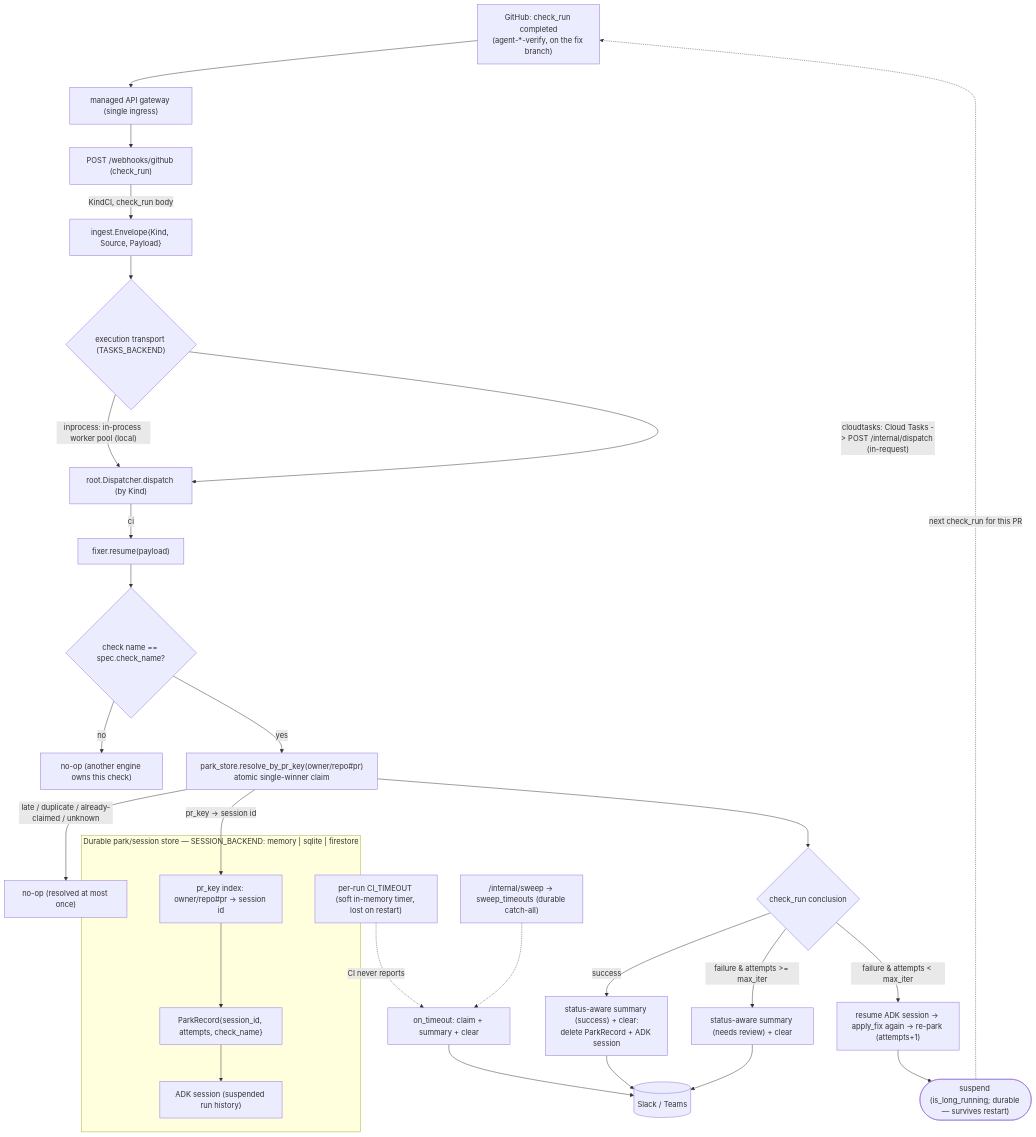
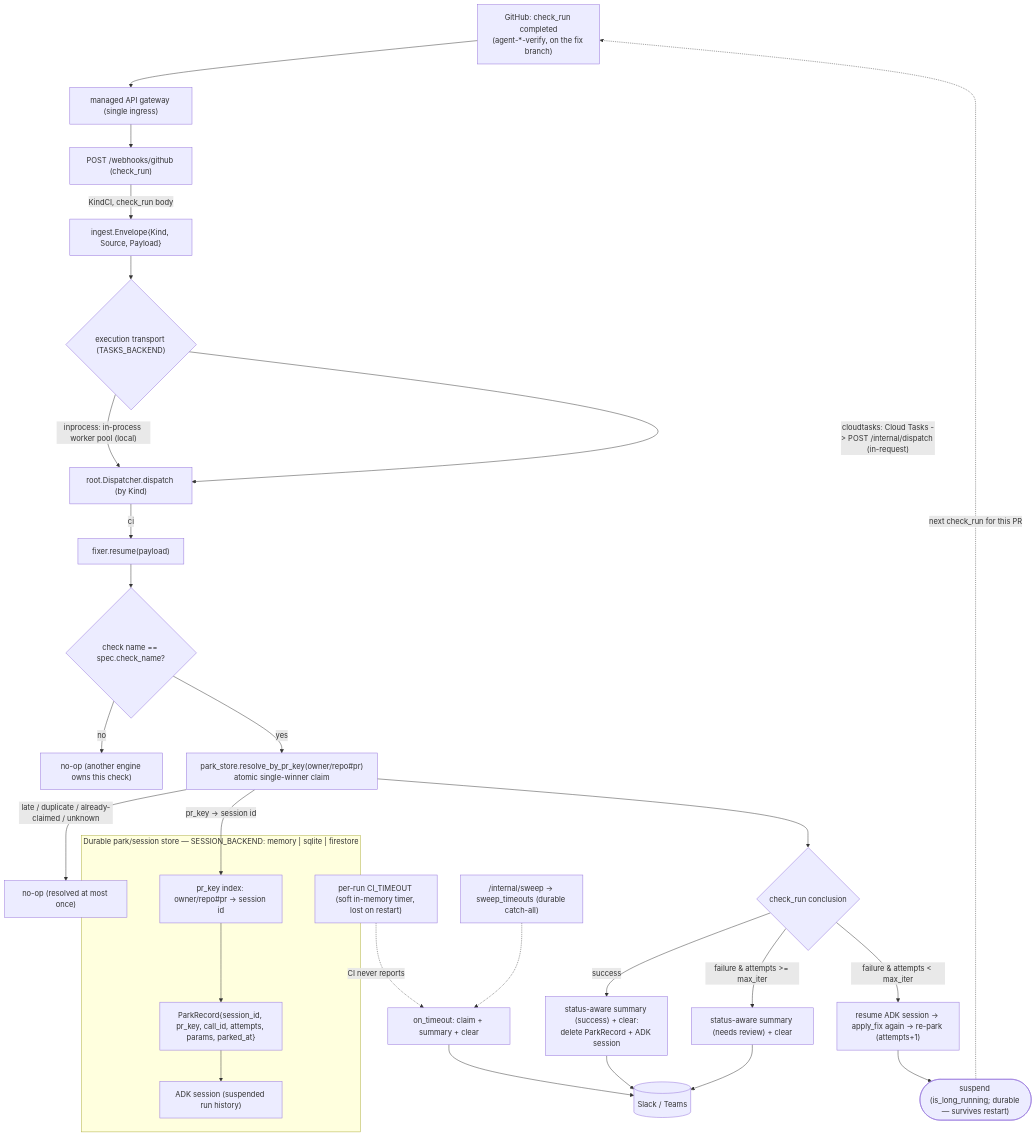
One commit to jkjamies/automation-agent changed the second of 2 diagrams in python/AGENTS.md. Above: the diagram before and after it, drawn with Mermaid. The commit also changed 2 other files, not shown here.

Commit message:
docs: correct ParkRecord fields in resume diagrams (CodeRabbit)
The ParkRecord box listed a checkName field that does not exist — the
persisted record is {SessionID, PRKey, CallID, Attempts, Params, ParkedAt}
(the check name lives on the Spec, not the record). Fix the label in all
three copies (project root + go/ + python/ stack roots) to match the actual
store schema. Re-validated with mermaid-cli.

````diff
--- a/python/AGENTS.md
+++ b/python/AGENTS.md
@@ -57,35 +57,35 @@
 ```mermaid
 flowchart TD
     CR["GitHub: check_run completed<br/>(agent-*-verify, on the fix branch)"] --> GW["managed API gateway (single ingress)"]
     GW --> WCI["POST /webhooks/github (check_run)"]
     WCI -->|"KindCI, check_run body"| Env["ingest.Envelope{Kind, Source, Payload}"]
     Env --> TX{"execution transport (TASKS_BACKEND)"}
     TX -->|"inprocess: in-process worker pool (local)"| Disp
     TX -->|"cloudtasks: Cloud Tasks -> POST /internal/dispatch (in-request)"| Disp
     Disp["root.Dispatcher.dispatch (by Kind)"] -->|ci| RES["fixer.resume(payload)"]
 
     RES --> NM{"check name == spec.check_name?"}
     NM -->|no| NOOP["no-op (another engine owns this check)"]
     NM -->|yes| CLAIM["park_store.resolve_by_pr_key(owner/repo#pr)<br/>atomic single-winner claim"]
     CLAIM -->|"late / duplicate / already-claimed / unknown"| NOOP2["no-op (resolved at most once)"]
 
     subgraph Store["Durable park/session store — SESSION_BACKEND: memory | sqlite | firestore"]
-        PRK["pr_key index: owner/repo#pr -> session id"] --> REC["ParkRecord{session_id, attempts, check_name}"]
+        PRK["pr_key index: owner/repo#pr -> session id"] --> REC["ParkRecord{session_id, pr_key, call_id, attempts, params, parked_at}"]
         REC --> SESS["ADK session (suspended run history)"]
     end
     CLAIM -->|"pr_key -> session id"| PRK
 
     CLAIM --> CONC{check_run conclusion}
     CONC -->|success| OK["status-aware summary (success) + clear:<br/>delete ParkRecord + ADK session"]
     CONC -->|"failure & attempts >= max_iter"| REV["status-aware summary (needs review) + clear"]
     CONC -->|"failure & attempts < max_iter"| RT["resume ADK session -> apply_fix again -> re-park (attempts+1)"]
     RT --> SUS(["suspend (is_long_running; durable — survives restart)"])
     SUS -.->|"next check_run for this PR"| CR
 
     TO["per-run CI_TIMEOUT (soft in-memory timer, lost on restart)"] -.->|"CI never reports"| FREE["on_timeout: claim + summary + clear"]
     SW["/internal/sweep -> sweep_timeouts (durable catch-all)"] -.-> FREE
 
     OK --> Chat[("Slack / Teams")]
     REV --> Chat
     FREE --> Chat
 ```
````
